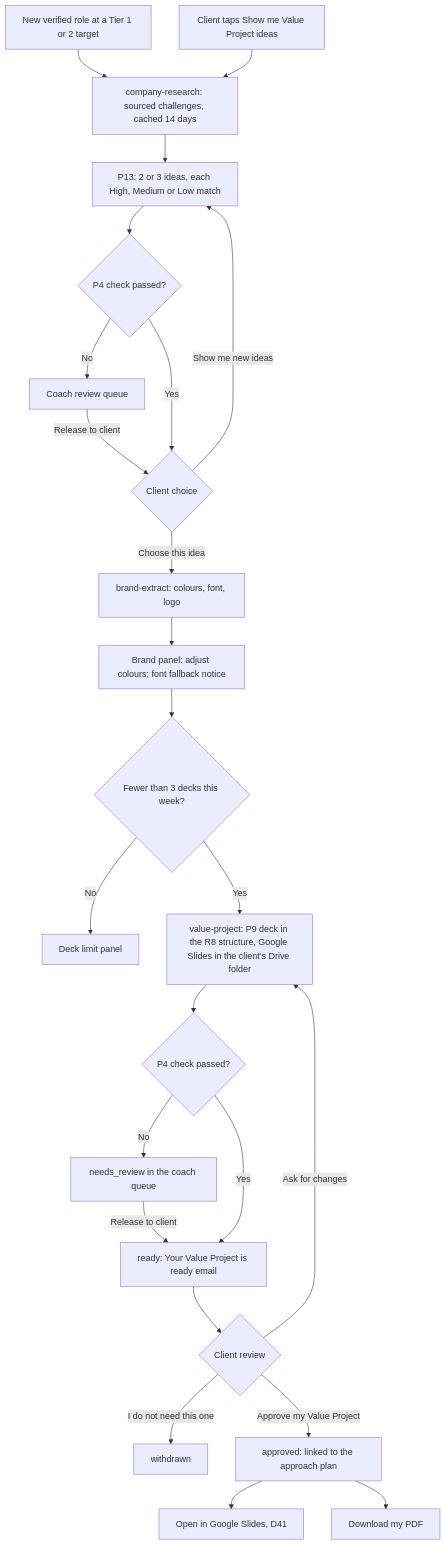
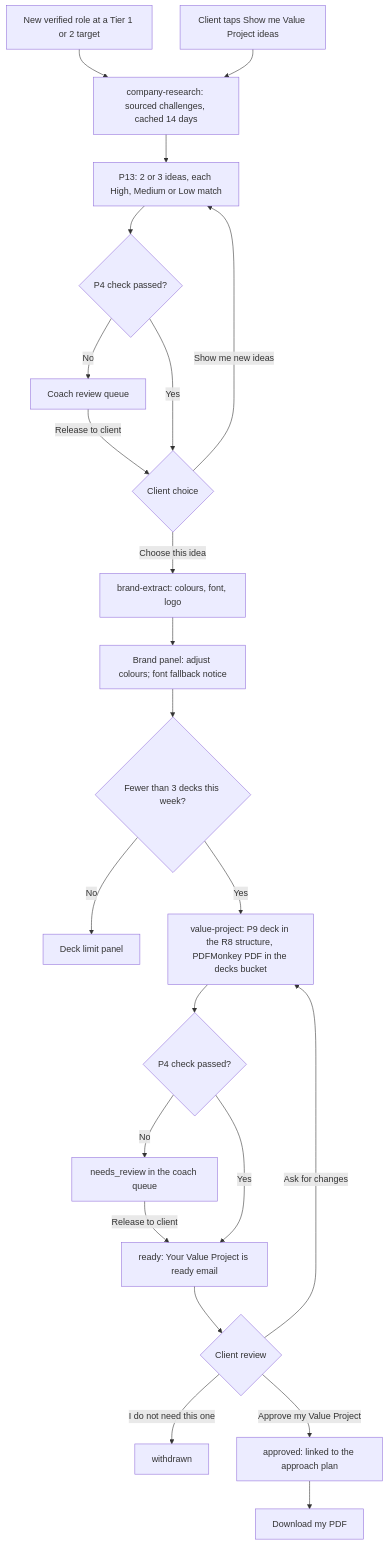
One commit to TalentFB/boost changed the fourth of 5 diagrams in docs/app-flow.md. Above: the diagram before and after it, drawn with Mermaid. The commit also changed other lines of this file, not shown here.

First line of the commit message:
App Flow: decks PDFMonkey only (L52 replaces D41)

````diff
--- a/docs/app-flow.md
+++ b/docs/app-flow.md
@@ -614,26 +611,25 @@
 ```mermaid
 flowchart TD
   T1["New verified role at a Tier 1 or 2 target"] --> R["company-research: sourced challenges, cached 14 days"]
   T2["Client taps Show me Value Project ideas"] --> R
   R --> I["P13: 2 or 3 ideas, each High, Medium or Low match"]
   I --> P1{"P4 check passed?"}
   P1 -- No --> Q1["Coach review queue"]
   Q1 -- "Release to client" --> CH
   P1 -- Yes --> CH{"Client choice"}
   CH -- "Show me new ideas" --> I
   CH -- "Choose this idea" --> BX["brand-extract: colours, font, logo"]
   BX --> AD["Brand panel: adjust colours; font fallback notice"]
   AD --> LIM{"Fewer than 3 decks this week?"}
   LIM -- No --> WL["Deck limit panel"]
-  LIM -- Yes --> BD["value-project: P9 deck in the R8 structure, Google Slides in the client's Drive folder"]
+  LIM -- Yes --> BD["value-project: P9 deck in the R8 structure, PDFMonkey PDF in the decks bucket"]
   BD --> P2{"P4 check passed?"}
   P2 -- No --> Q2["needs_review in the coach queue"]
   Q2 -- "Release to client" --> RD
   P2 -- Yes --> RD["ready: Your Value Project is ready email"]
   RD --> REV{"Client review"}
   REV -- "Ask for changes" --> BD
   REV -- "I do not need this one" --> WD["withdrawn"]
   REV -- "Approve my Value Project" --> OK["approved: linked to the approach plan"]
-  OK --> GS["Open in Google Slides, D41"]
   OK --> DL["Download my PDF"]
 ```
````
